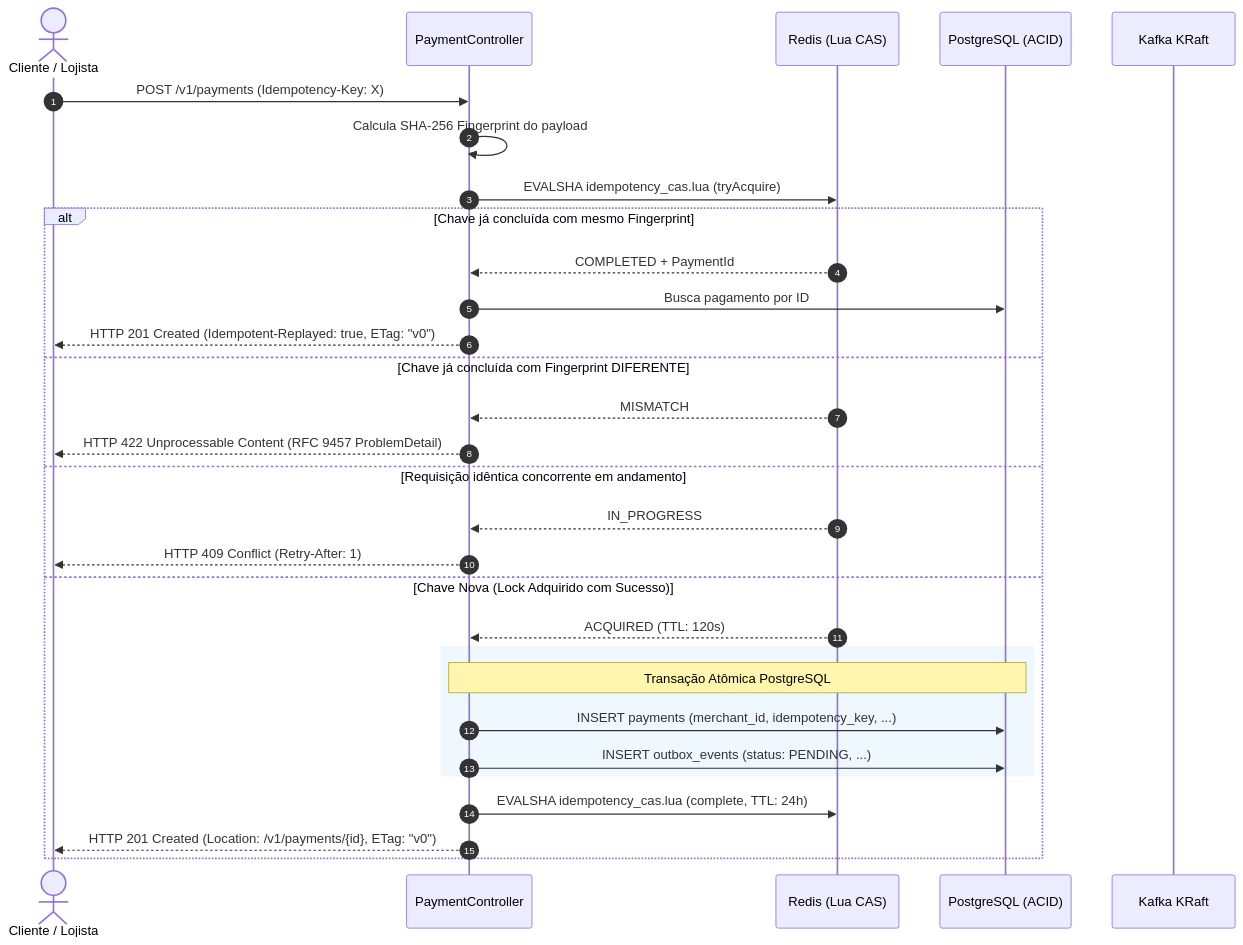
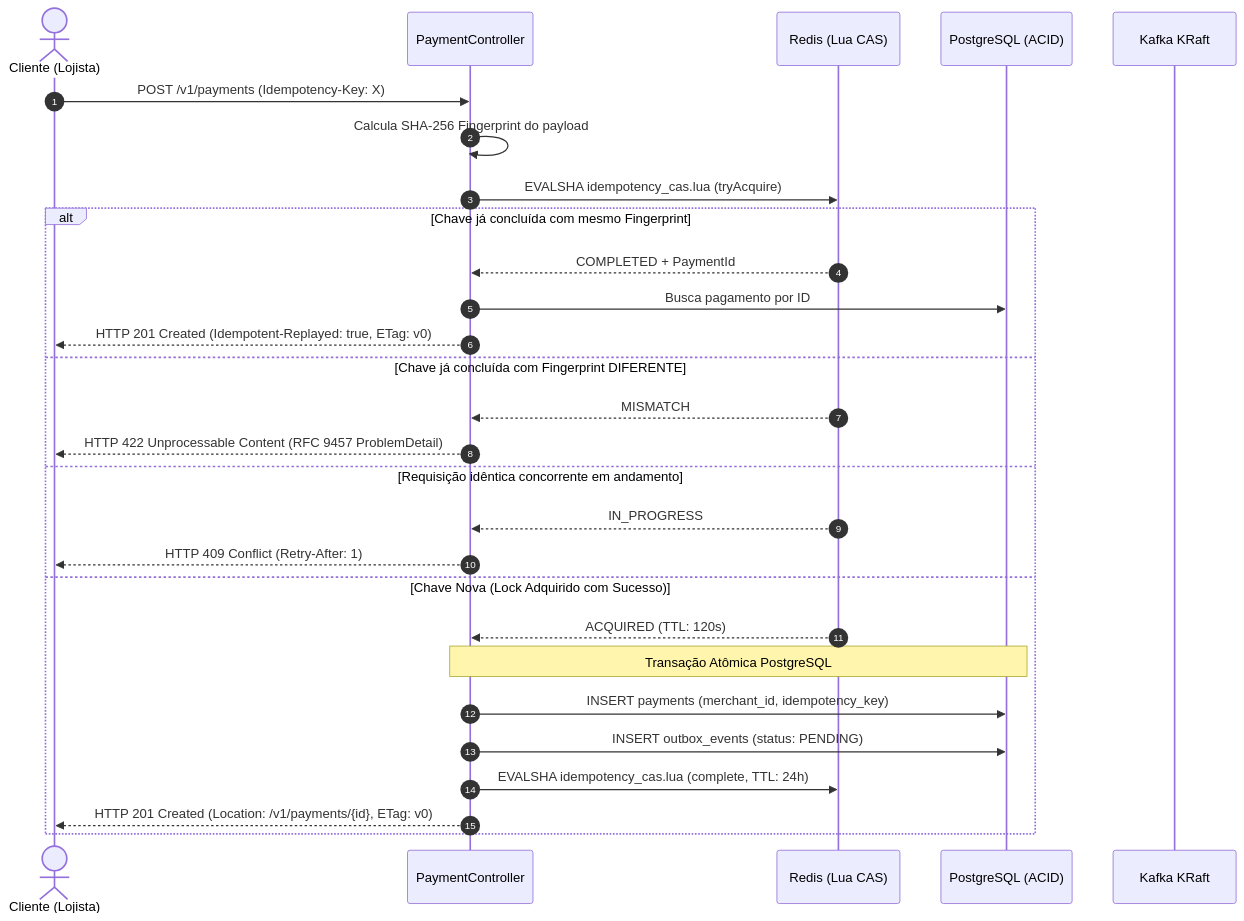
Before and after one commit to Bettonix/payments-api: the second of 4 diagrams in README.md, drawn with Mermaid. The commit also changed other lines of this file and 4 other files, not shown here.

Commit message:
fix: configure prometheus scraping in lgtm, align dashboard metric queries, and fix mermaid diagrams in readme

````diff
--- a/README.md
+++ b/README.md
@@ -103,34 +103,32 @@
 ```mermaid
 sequenceDiagram
     autonumber
-    actor Client as Cliente / Lojista
+    actor Client as Cliente (Lojista)
     participant API as PaymentController
     participant Redis as Redis (Lua CAS)
     participant DB as PostgreSQL (ACID)
     participant Kafka as Kafka KRaft
 
     Client->>API: POST /v1/payments (Idempotency-Key: X)
     API->>API: Calcula SHA-256 Fingerprint do payload
     API->>Redis: EVALSHA idempotency_cas.lua (tryAcquire)
     
     alt Chave já concluída com mesmo Fingerprint
         Redis-->>API: COMPLETED + PaymentId
         API->>DB: Busca pagamento por ID
-        API-->>Client: HTTP 201 Created (Idempotent-Replayed: true, ETag: "v0")
+        API-->>Client: HTTP 201 Created (Idempotent-Replayed: true, ETag: v0)
     else Chave já concluída com Fingerprint DIFERENTE
         Redis-->>API: MISMATCH
         API-->>Client: HTTP 422 Unprocessable Content (RFC 9457 ProblemDetail)
     else Requisição idêntica concorrente em andamento
         Redis-->>API: IN_PROGRESS
         API-->>Client: HTTP 409 Conflict (Retry-After: 1)
     else Chave Nova (Lock Adquirido com Sucesso)
         Redis-->>API: ACQUIRED (TTL: 120s)
-        rect rgb(240, 248, 255)
-            Note over API,DB: Transação Atômica PostgreSQL
-            API->>DB: INSERT payments (merchant_id, idempotency_key, ...)
-            API->>DB: INSERT outbox_events (status: PENDING, ...)
-        end
+        Note over API,DB: Transação Atômica PostgreSQL
+        API->>DB: INSERT payments (merchant_id, idempotency_key)
+        API->>DB: INSERT outbox_events (status: PENDING)
         API->>Redis: EVALSHA idempotency_cas.lua (complete, TTL: 24h)
-        API-->>Client: HTTP 201 Created (Location: /v1/payments/{id}, ETag: "v0")
+        API-->>Client: HTTP 201 Created (Location: /v1/payments/{id}, ETag: v0)
     end
 ```
````
